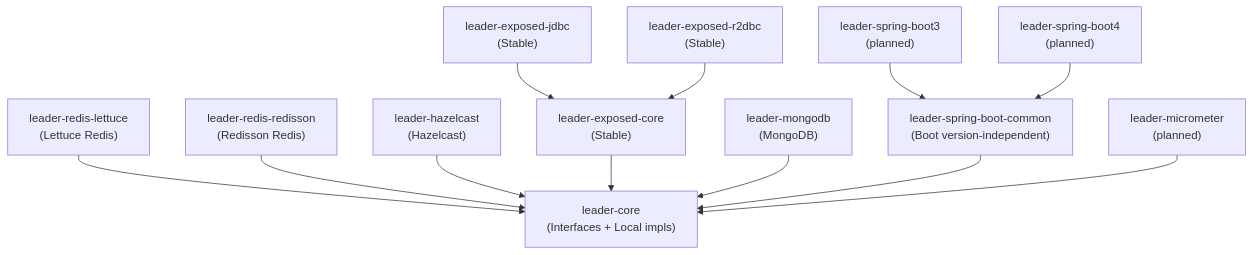
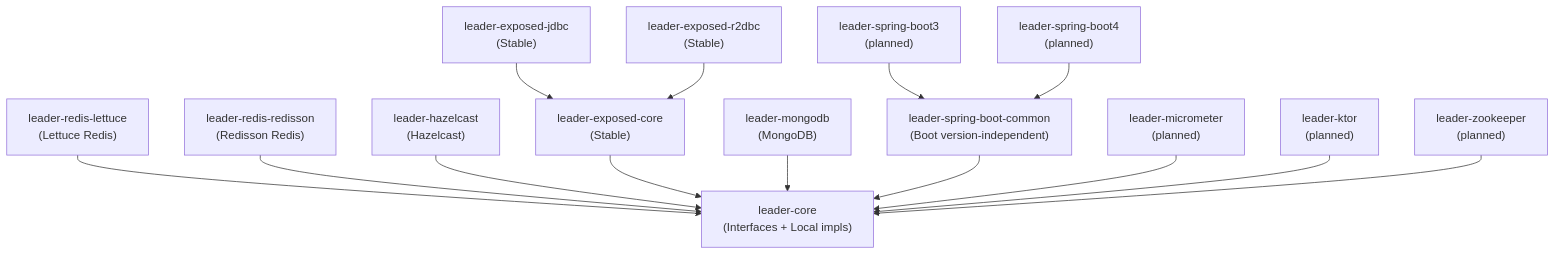
Before and after one commit to bluetape4k/bluetape4k-leader: the first of 3 diagrams in README.md, drawn with Mermaid. The commit also changed other lines of this file and 3 other files, not shown here.

````diff
--- a/README.md
+++ b/README.md
@@ -25,27 +25,31 @@
 ```mermaid
 graph TD
     Core["leader-core\n(Interfaces + Local impls)"]
     Lettuce["leader-redis-lettuce\n(Lettuce Redis)"]
     Redisson["leader-redis-redisson\n(Redisson Redis)"]
     Hazelcast["leader-hazelcast\n(Hazelcast)"]
     ExposedCore["leader-exposed-core\n(Stable)"]
     ExposedJdbc["leader-exposed-jdbc\n(Stable)"]
     ExposedR2dbc["leader-exposed-r2dbc\n(Stable)"]
     Mongo["leader-mongodb\n(MongoDB)"]
     SBCommon["leader-spring-boot-common\n(Boot version-independent)"]
     SB3["leader-spring-boot3\n(planned)"]
     SB4["leader-spring-boot4\n(planned)"]
     Metrics["leader-micrometer\n(planned)"]
+    Ktor["leader-ktor\n(planned)"]
+    ZK["leader-zookeeper\n(planned)"]
 
     Lettuce --> Core
     Redisson --> Core
     Hazelcast --> Core
     ExposedCore --> Core
     ExposedJdbc --> ExposedCore
     ExposedR2dbc --> ExposedCore
     Mongo --> Core
     SBCommon --> Core
     SB3 --> SBCommon
     SB4 --> SBCommon
     Metrics --> Core
+    Ktor --> Core
+    ZK --> Core
 ```
````
